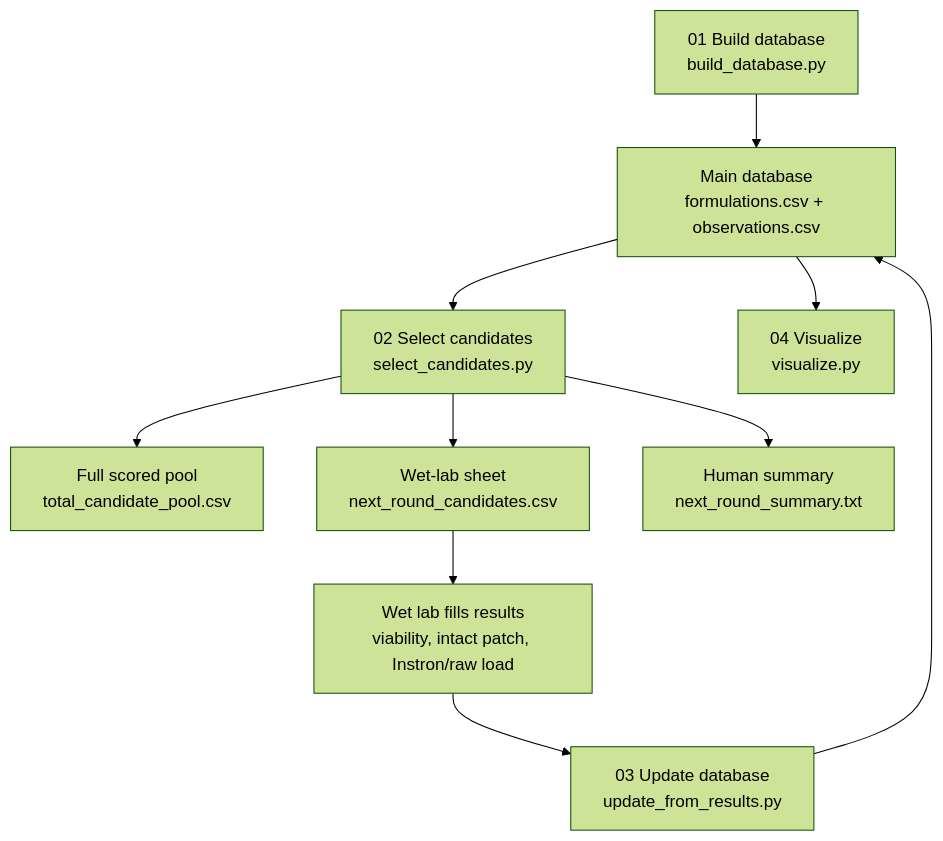
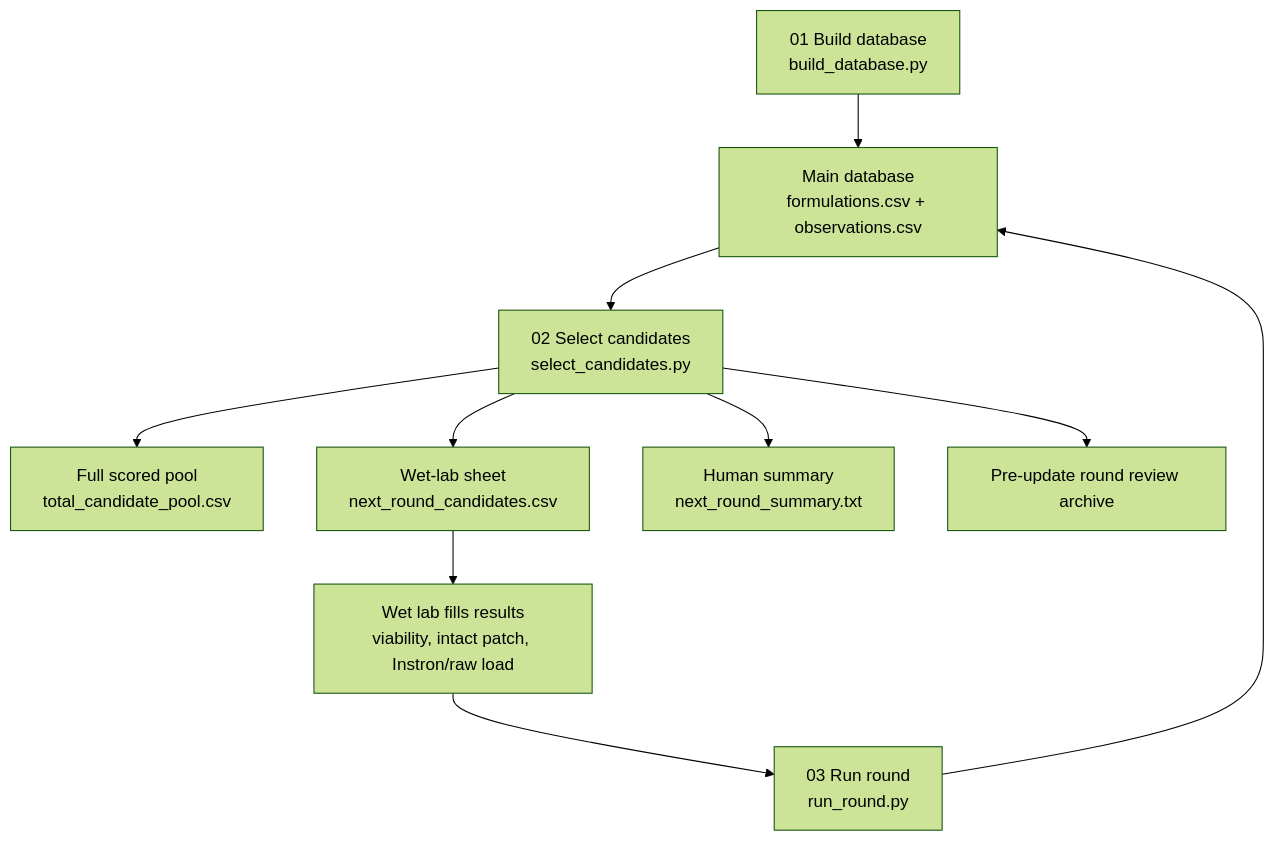
The diagram in src/08_multi_objective/README.md (baitmeister/ML-for-CryoMN), drawn with Mermaid (forest theme) before and after one commit. The commit also changed other lines of this file and 36 other files, not shown here.

Commit message:
v2: architecture update with documentation

````diff
--- a/src/08_multi_objective/README.md
+++ b/src/08_multi_objective/README.md
@@ -154,12 +147,12 @@
 ```mermaid
 flowchart TD
     A["01 Build database<br/>build_database.py"] --> B["Main database<br/>formulations.csv + observations.csv"]
     B --> C["02 Select candidates<br/>select_candidates.py"]
     C --> P["Full scored pool<br/>total_candidate_pool.csv"]
     C --> D["Wet-lab sheet<br/>next_round_candidates.csv"]
     C --> E["Human summary<br/>next_round_summary.txt"]
     D --> F["Wet lab fills results<br/>viability, intact patch, Instron/raw load"]
-    F --> G["03 Update database<br/>update_from_results.py"]
+    C --> R["Pre-update round review archive"]
+    F --> G["03 Run round<br/>run_round.py"]
     G --> B
-    B --> H["04 Visualize<br/>visualize.py"]
 ```
````
